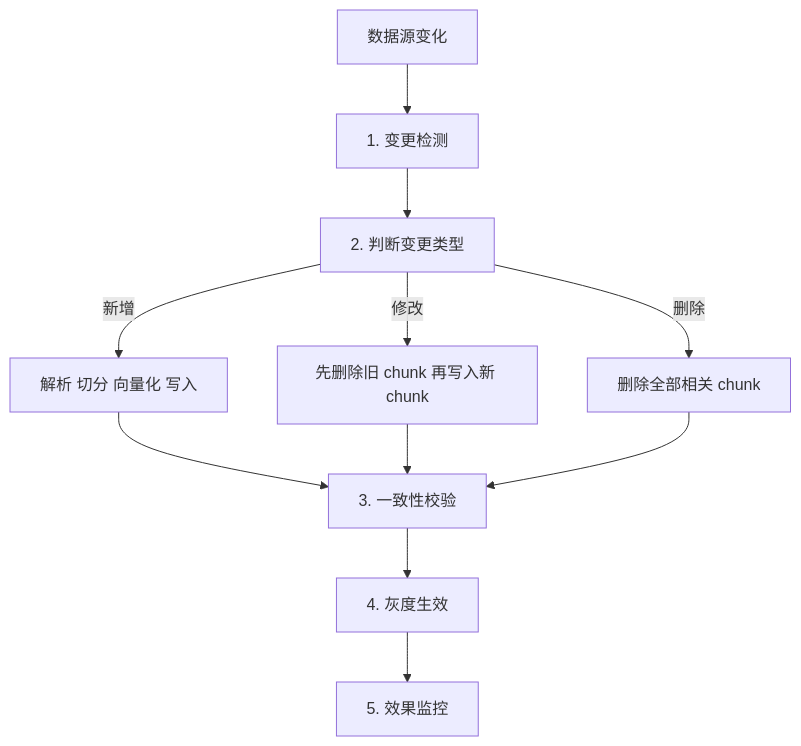
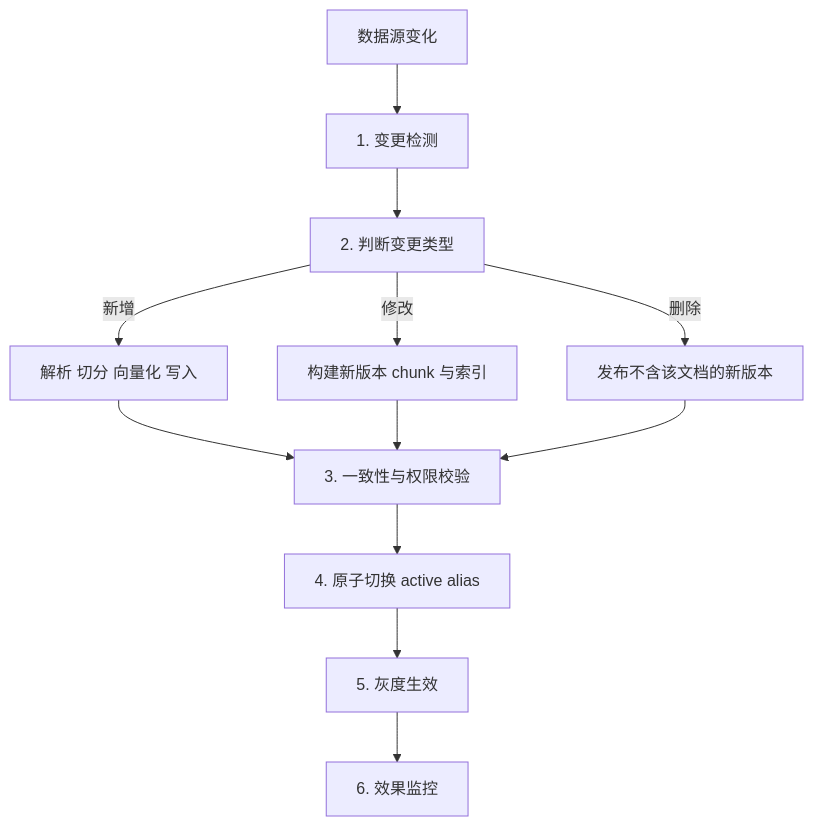
One commit to oneleaveknowsthefall/awesome-ai-roadmap changed the first of 3 diagrams in docs/rag/19-dynamic-update.md. Above: the diagram before and after it, drawn with Mermaid. The commit also changed other lines of this file and 77 other files, not shown here.

Commit message:
docs: audit and modernize the AI roadmap

````diff
--- a/docs/rag/19-dynamic-update.md
+++ b/docs/rag/19-dynamic-update.md
@@ -15,13 +15,14 @@
 ```mermaid
 flowchart TB
     S[数据源变化] --> D[1. 变更检测]
     D --> C[2. 判断变更类型]
     C -->|新增| ADD[解析 切分 向量化 写入]
-    C -->|修改| MOD[先删除旧 chunk 再写入新 chunk]
-    C -->|删除| DEL[删除全部相关 chunk]
-    ADD --> V[3. 一致性校验]
+    C -->|修改| MOD[构建新版本 chunk 与索引]
+    C -->|删除| DEL[发布不含该文档的新版本]
+    ADD --> V[3. 一致性与权限校验]
     MOD --> V
     DEL --> V
-    V --> G[4. 灰度生效]
-    G --> M[5. 效果监控]
+    V --> A[4. 原子切换 active alias]
+    A --> G[5. 灰度生效]
+    G --> M[6. 效果监控]
 ```
````
